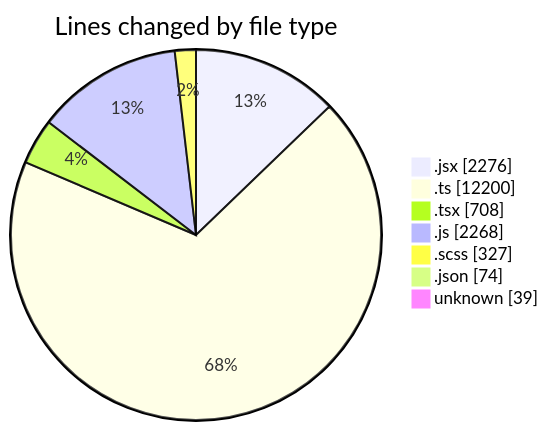
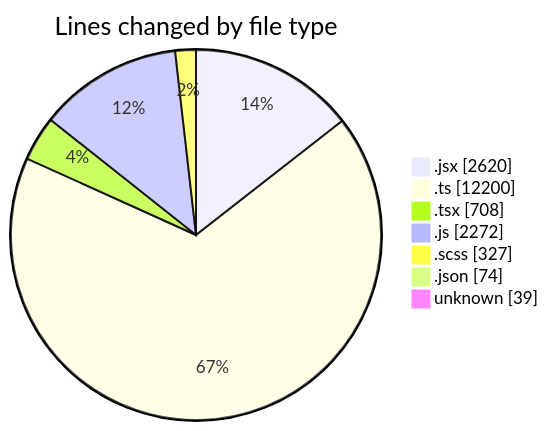
The first of 2 diagrams in 2025-06-05/cda/README.md (momahboobian/code-tracking), drawn with Mermaid before and after one commit. The commit also changed other lines of this file and 1 other file, not shown here.

````diff
--- a/2025-06-05/cda/README.md
+++ b/2025-06-05/cda/README.md
@@ -52,11 +52,11 @@
 ```mermaid
 pie showData
 title Lines changed by file type
-".jsx" : 2276
+".jsx" : 2620
 ".ts" : 12200
 ".tsx" : 708
-".js" : 2268
+".js" : 2272
 ".scss" : 327
 ".json" : 74
 "unknown" : 39
 ```
````
